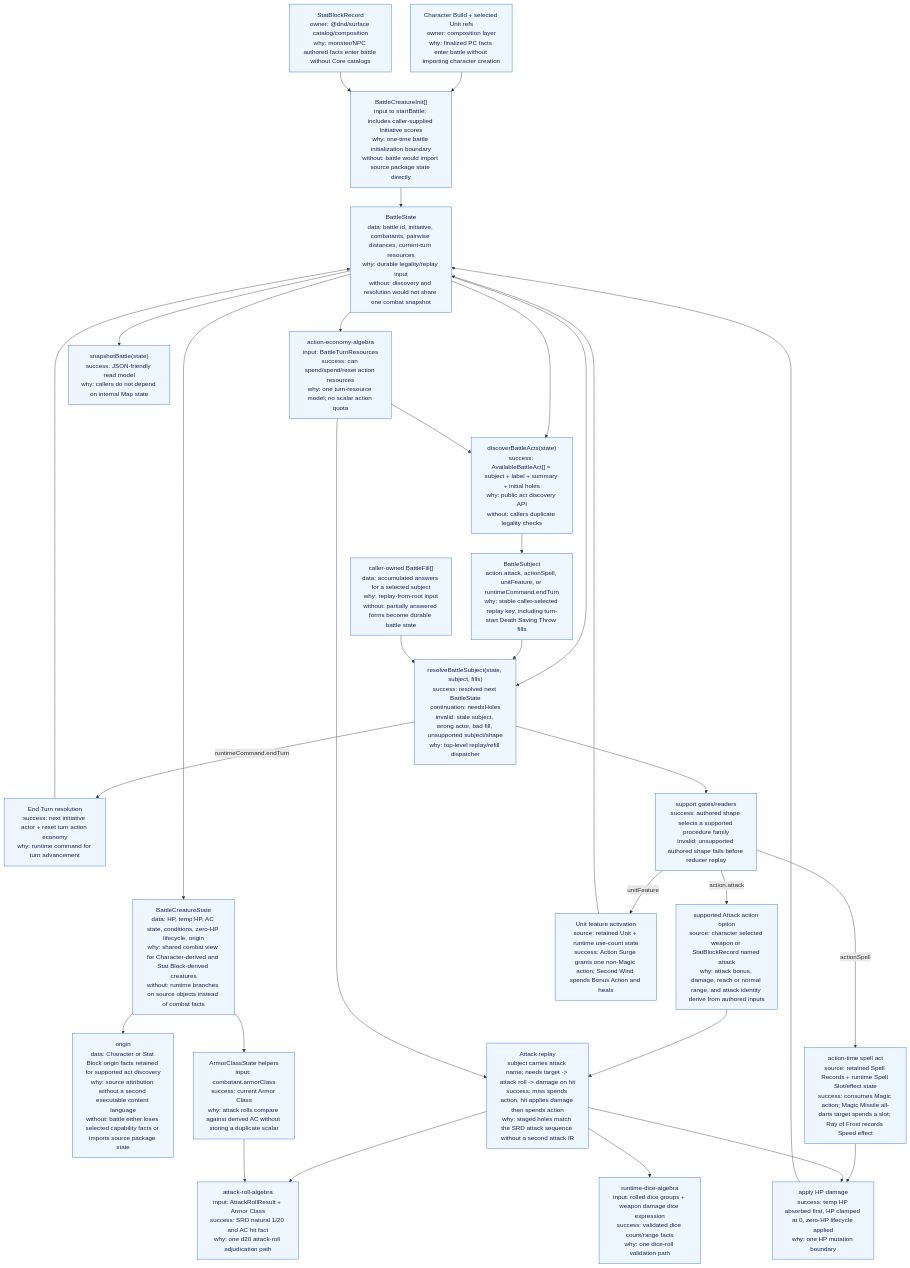
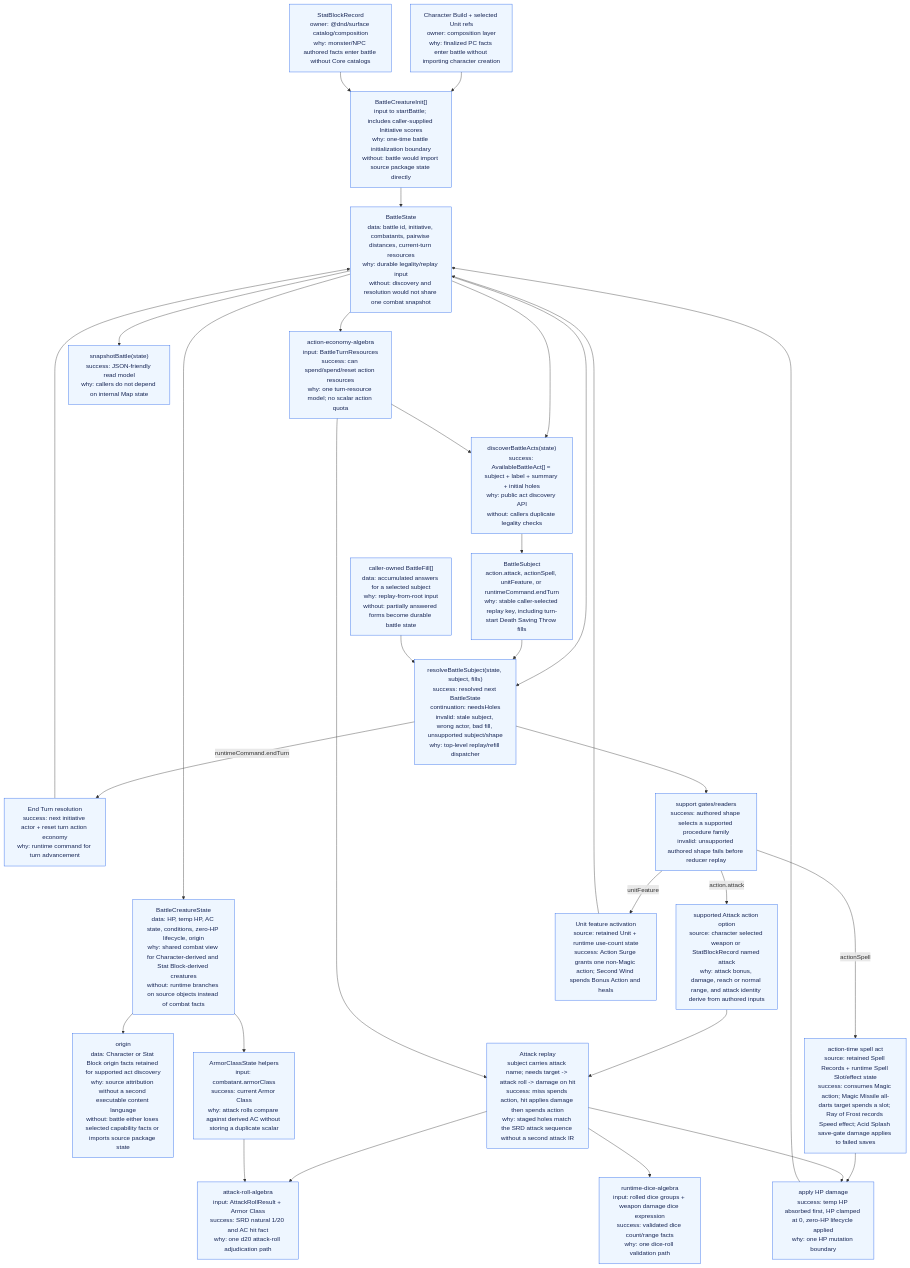
The first of 2 diagrams in packages/battle-runtime/ARCHITECTURE_GRAPH.md (dearlordylord/5e-quint), drawn with Mermaid before and after one commit. The commit also changed other lines of this file and 10 other files, not shown here.

Commit message:
Restore save-gate spell procedure

````diff
--- a/packages/battle-runtime/ARCHITECTURE_GRAPH.md
+++ b/packages/battle-runtime/ARCHITECTURE_GRAPH.md
@@ -32,51 +32,51 @@
 ```mermaid
 flowchart TD
   CharacterBuild["Character Build + selected Unit refs<br/>owner: composition layer<br/>why: finalized PC facts enter battle without importing character creation"]
   StatBlock["StatBlockRecord<br/>owner: @dnd/surface catalog/composition<br/>why: monster/NPC authored facts enter battle without Core catalogs"]
   Init["BattleCreatureInit[]<br/>input to startBattle; includes caller-supplied Initiative scores<br/>why: one-time battle initialization boundary<br/>without: battle would import source package state directly"]
   State["BattleState<br/>data: battle id, initiative, combatants, pairwise distances, current-turn resources<br/>why: durable legality/replay input<br/>without: discovery and resolution would not share one combat snapshot"]
   Creature["BattleCreatureState<br/>data: HP, temp HP, AC state, conditions, zero-HP lifecycle, origin<br/>why: shared combat view for Character-derived and Stat Block-derived creatures<br/>without: runtime branches on source objects instead of combat facts"]
   Origin["origin<br/>data: Character or Stat Block origin facts retained for supported act discovery<br/>why: source attribution without a second executable content language<br/>without: battle either loses selected capability facts or imports source package state"]
   ArmorClass["ArmorClassState helpers<br/>input: combatant.armorClass<br/>success: current Armor Class<br/>why: attack rolls compare against derived AC without storing a duplicate scalar"]
   ActionEconomy["action-economy-algebra<br/>input: BattleTurnResources<br/>success: can spend/spend/reset action resources<br/>why: one turn-resource model; no scalar action quota"]
   AttackRoll["attack-roll-algebra<br/>input: AttackRollResult + Armor Class<br/>success: SRD natural 1/20 and AC hit fact<br/>why: one d20 attack-roll adjudication path"]
   RuntimeDice["runtime-dice-algebra<br/>input: rolled dice groups + weapon damage dice expression<br/>success: validated dice count/range facts<br/>why: one dice-roll validation path"]
   Discover["discoverBattleActs(state)<br/>success: AvailableBattleAct[] = subject + label + summary + initial holes<br/>why: public act discovery API<br/>without: callers duplicate legality checks"]
   Subject["BattleSubject<br/>action.attack, actionSpell, unitFeature, or runtimeCommand.endTurn<br/>why: stable caller-selected replay key, including turn-start Death Saving Throw fills"]
   FillSession["caller-owned BattleFill[]<br/>data: accumulated answers for a selected subject<br/>why: replay-from-root input<br/>without: partially answered forms become durable battle state"]
   Resolve["resolveBattleSubject(state, subject, fills)<br/>success: resolved next BattleState<br/>continuation: needsHoles<br/>invalid: stale subject, wrong actor, bad fill, unsupported subject/shape<br/>why: top-level replay/refill dispatcher"]
   EndTurn["End Turn resolution<br/>success: next initiative actor + reset turn action economy<br/>why: runtime command for turn advancement"]
   Support["support gates/readers<br/>success: authored shape selects a supported procedure family<br/>invalid: unsupported authored shape fails before reducer replay"]
   AttackOption["supported Attack action option<br/>source: character selected weapon or StatBlockRecord named attack<br/>why: attack bonus, damage, reach or normal range, and attack identity derive from authored inputs"]
   UnitFeature["Unit feature activation<br/>source: retained Unit + runtime use-count state<br/>success: Action Surge grants one non-Magic action; Second Wind spends Bonus Action and heals"]
-  SpellAct["action-time spell act<br/>source: retained Spell Records + runtime Spell Slot/effect state<br/>success: consumes Magic action; Magic Missile all-darts target spends a slot; Ray of Frost records Speed effect"]
+  SpellAct["action-time spell act<br/>source: retained Spell Records + runtime Spell Slot/effect state<br/>success: consumes Magic action; Magic Missile all-darts target spends a slot; Ray of Frost records Speed effect; Acid Splash save-gate damage applies to failed saves"]
   AttackReplay["Attack replay<br/>subject carries attack name; needs target -> attack roll -> damage on hit<br/>success: miss spends action, hit applies damage then spends action<br/>why: staged holes match the SRD attack sequence without a second attack IR"]
   Damage["apply HP damage<br/>success: temp HP absorbed first, HP clamped at 0, zero-HP lifecycle applied<br/>why: one HP mutation boundary"]
   Snapshot["snapshotBattle(state)<br/>success: JSON-friendly read model<br/>why: callers do not depend on internal Map state"]
 
   CharacterBuild --> Init
   StatBlock --> Init
   Init --> State --> Creature
   Creature --> Origin
   Creature --> ArmorClass
   State --> ActionEconomy
   State --> Discover --> Subject
   State --> Snapshot
   State --> Resolve
   Subject --> Resolve
   FillSession --> Resolve
   Resolve -->|runtimeCommand.endTurn| EndTurn --> State
   Resolve --> Support
   Support -->|action.attack| AttackOption --> AttackReplay
   Support -->|unitFeature| UnitFeature --> State
   Support -->|actionSpell| SpellAct --> Damage
   AttackReplay --> AttackRoll
   AttackReplay --> RuntimeDice
   AttackReplay --> Damage --> State
   ArmorClass --> AttackRoll
   ActionEconomy --> Discover
   ActionEconomy --> AttackReplay
 
   classDef implemented fill:#eef6ff,stroke:#2563eb,color:#172554;
   class CharacterBuild,StatBlock,Init,State,Creature,Origin,ArmorClass,ActionEconomy,AttackRoll,RuntimeDice,Discover,Subject,FillSession,Resolve,EndTurn,Support,AttackOption,AttackReplay,UnitFeature,SpellAct,Damage,Snapshot implemented;
 ```
````
